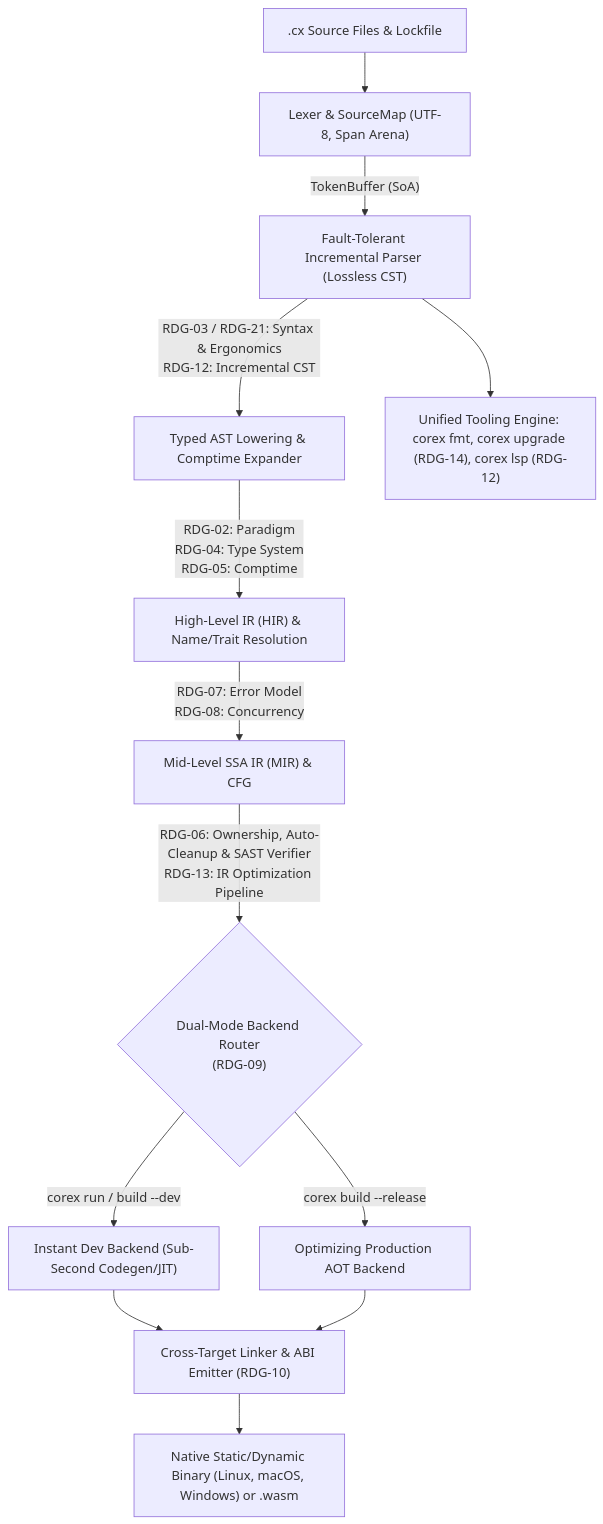
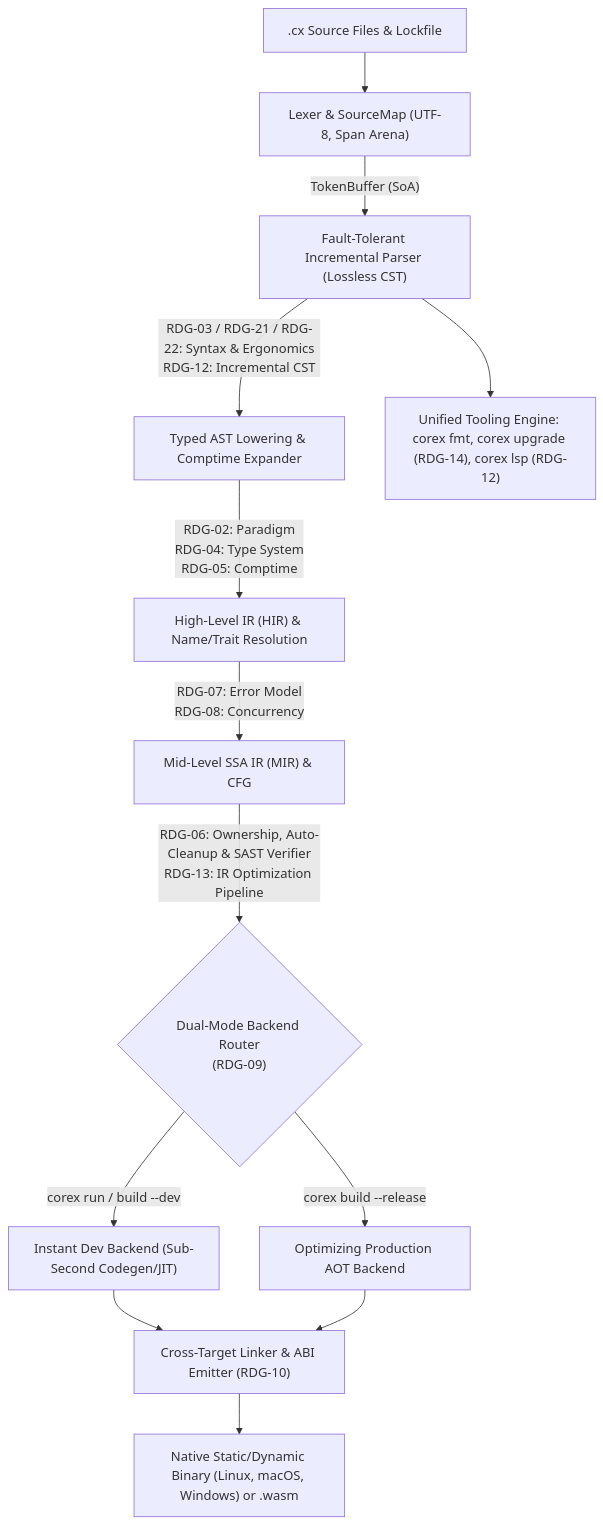
Before and after one commit to corex-lang/corex: the diagram in PLAN.md, drawn with Mermaid. The commit also changed other lines of this file and 10 other files, not shown here.

````diff
--- a/PLAN.md
+++ b/PLAN.md
@@ -13,15 +13,15 @@
 ```mermaid
 flowchart TD
     SRC[".cx Source Files & Lockfile"] --> LEX["Lexer & SourceMap (UTF-8, Span Arena)"]
     LEX -->|"TokenBuffer (SoA)"| CST["Fault-Tolerant Incremental Parser (Lossless CST)"]
-    CST -->|"RDG-03 / RDG-21: Syntax & Ergonomics\nRDG-12: Incremental CST"| AST["Typed AST Lowering & Comptime Expander"]
+    CST -->|"RDG-03 / RDG-21 / RDG-22: Syntax & Ergonomics\nRDG-12: Incremental CST"| AST["Typed AST Lowering & Comptime Expander"]
     AST -->|"RDG-02: Paradigm\nRDG-04: Type System\nRDG-05: Comptime"| HIR["High-Level IR (HIR) & Name/Trait Resolution"]
     HIR -->|"RDG-07: Error Model\nRDG-08: Concurrency"| MIR["Mid-Level SSA IR (MIR) & CFG"]
     MIR -->|"RDG-06: Ownership, Auto-Cleanup & SAST Verifier\nRDG-13: IR Optimization Pipeline"| BACKEND{"Dual-Mode Backend Router\n(RDG-09)"}
     BACKEND -->|"corex run / build --dev"| DEV["Instant Dev Backend (Sub-Second Codegen/JIT)"]
     BACKEND -->|"corex build --release"| PROD["Optimizing Production AOT Backend"]
     DEV --> LINK["Cross-Target Linker & ABI Emitter (RDG-10)"]
     PROD --> LINK
     LINK --> OUT["Native Static/Dynamic Binary (Linux, macOS, Windows) or .wasm"]
     CST --> TOOLING["Unified Tooling Engine: corex fmt, corex upgrade (RDG-14), corex lsp (RDG-12)"]
 ```
````
